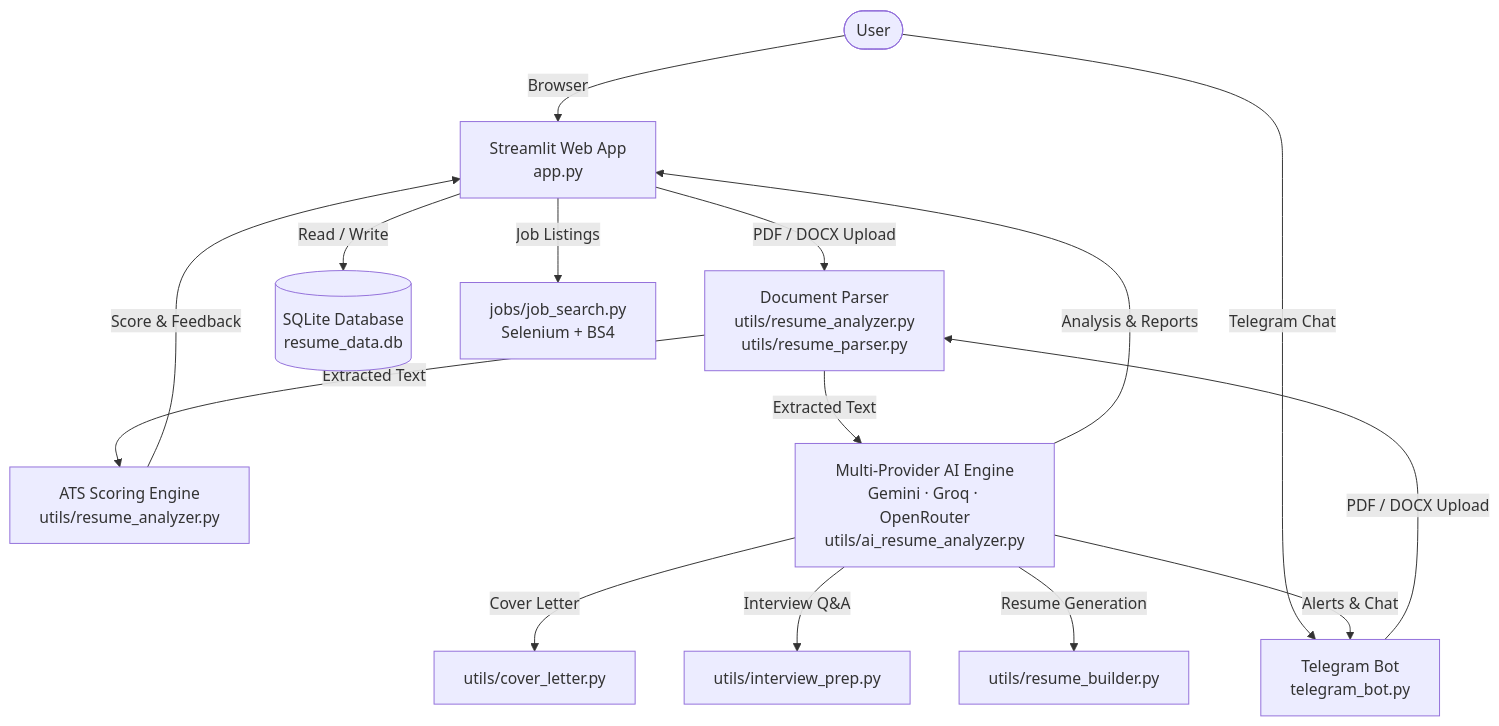
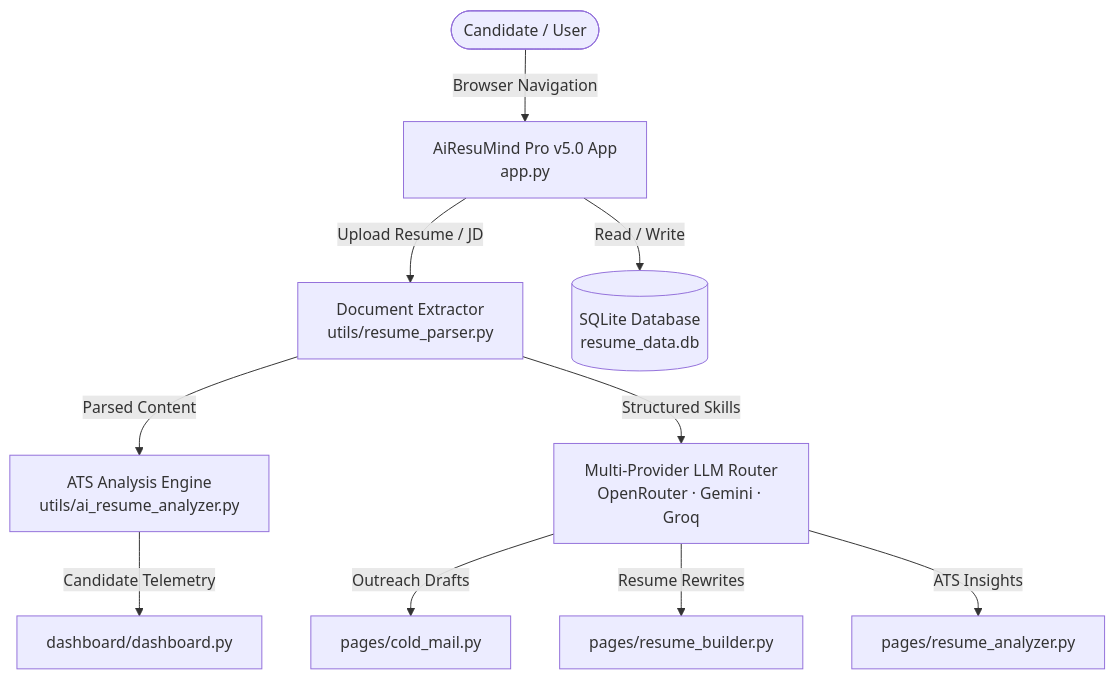
The diagram in README.md (princekjha-dev/AiResuMind), drawn with Mermaid before and after one commit. The commit also changed other lines of this file and 20 other files, not shown here.

````diff
--- a/README.md
+++ b/README.md
@@ -72,22 +74,15 @@
 ```mermaid
 flowchart TD
-    User([User]) -->|Browser| StreamlitApp["Streamlit Web App\napp.py"]
-    User -->|Telegram Chat| TelegramBot["Telegram Bot\ntelegram_bot.py"]
+    User([Candidate / User]) -->|Browser Navigation| StreamlitApp["AiResuMind Pro v5.0 App\napp.py"]
 
-    StreamlitApp -->|PDF / DOCX Upload| Extractor["Document Parser\nutils/resume_analyzer.py\nutils/resume_parser.py"]
-    TelegramBot   -->|PDF / DOCX Upload| Extractor
+    StreamlitApp -->|Upload Resume / JD| Extractor["Document Extractor\nutils/resume_parser.py"]
+    Extractor -->|Parsed Content| ATSEngine["ATS Analysis Engine\nutils/ai_resume_analyzer.py"]
+    Extractor -->|Structured Skills| LLMManager["Multi-Provider LLM Router\nOpenRouter · Gemini · Groq"]
 
-    Extractor -->|Extracted Text| ATSEngine["ATS Scoring Engine\nutils/resume_analyzer.py"]
-    Extractor -->|Extracted Text| AIEngine["Multi-Provider AI Engine\nGemini · Groq · OpenRouter\nutils/ai_resume_analyzer.py"]
+    LLMManager -->|Outreach Drafts| ColdMail["pages/cold_mail.py"]
+    LLMManager -->|Resume Rewrites| ResumeBuilder["pages/resume_builder.py"]
+    LLMManager -->|ATS Insights| ResumeAnalyzer["pages/resume_analyzer.py"]
 
-    AIEngine -->|Cover Letter| CoverLetter["utils/cover_letter.py"]
-    AIEngine -->|Interview Q&A| InterviewPrep["utils/interview_prep.py"]
-    AIEngine -->|Resume Generation| ResumeBuilder["utils/resume_builder.py"]
-
-    ATSEngine -->|Score & Feedback| StreamlitApp
-    AIEngine  -->|Analysis & Reports| StreamlitApp
-    AIEngine  -->|Alerts & Chat| TelegramBot
-
+    ATSEngine -->|Candidate Telemetry| CommandCenter["dashboard/dashboard.py"]
     StreamlitApp -->|Read / Write| SQLiteDB[("SQLite Database\nresume_data.db")]
-    StreamlitApp -->|Job Listings| JobScraper["jobs/job_search.py\nSelenium + BS4"]
 ```
````
